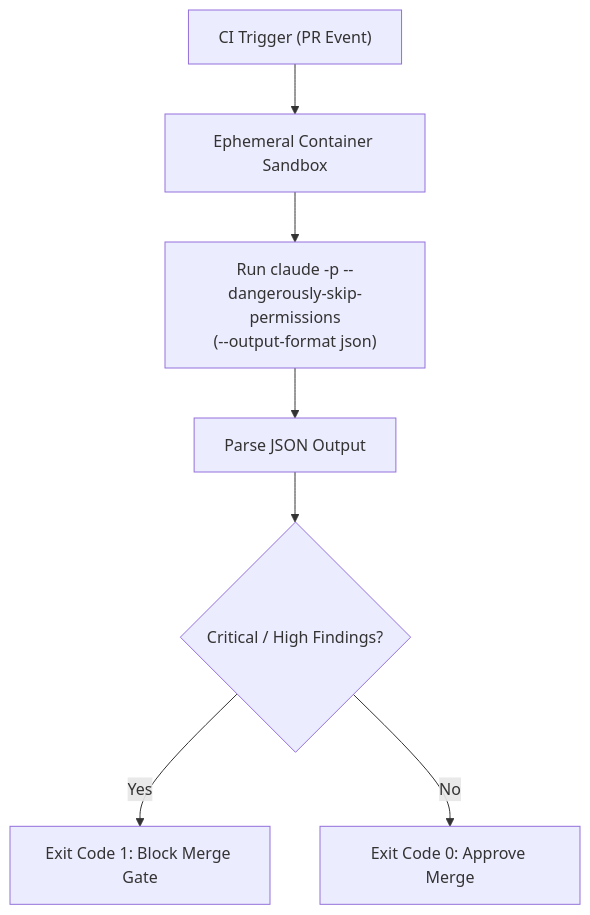
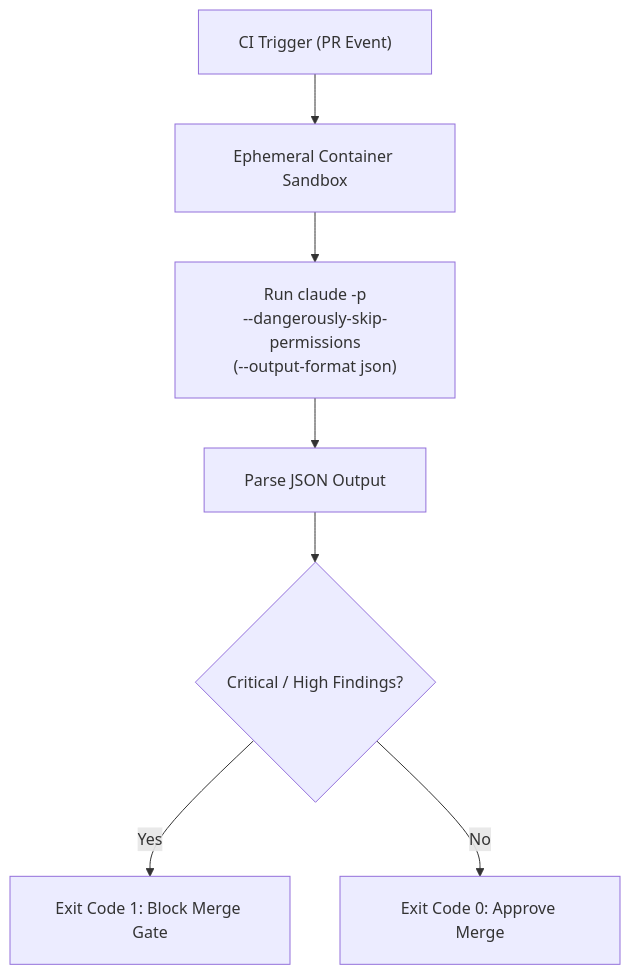
The fourth of 5 diagrams in domain3/KEY_CONCEPTS.md (dip4k/claude_cert_architect_foundation_prep), drawn with Mermaid before and after one commit. The commit also changed other lines of this file and 31 other files, not shown here.

First line of the commit message:
docs(diagrams): fix text trimming, padding, and layout in all mermaid diagrams

````diff
--- a/domain3/KEY_CONCEPTS.md
+++ b/domain3/KEY_CONCEPTS.md
@@ -266,9 +268,10 @@
 ```mermaid
+%%{init: {"flowchart": {"htmlLabels": true, "padding": 20}}}%%
 flowchart TD
     Event["CI Trigger (PR Event)"] --> Sandbox["Ephemeral Container Sandbox"]
-    Sandbox --> Exec["Run claude -p --dangerously-skip-permissions<br/>(--output-format json)"]
+    Sandbox --> Exec["Run claude -p<br/>--dangerously-skip-permissions<br/>(--output-format json)"]
     Exec --> Parse["Parse JSON Output"]
     Parse --> Check{"Critical / High Findings?"}
     Check -->|Yes| Block["Exit Code 1: Block Merge Gate"]
     Check -->|No| Pass["Exit Code 0: Approve Merge"]
 ```
````
